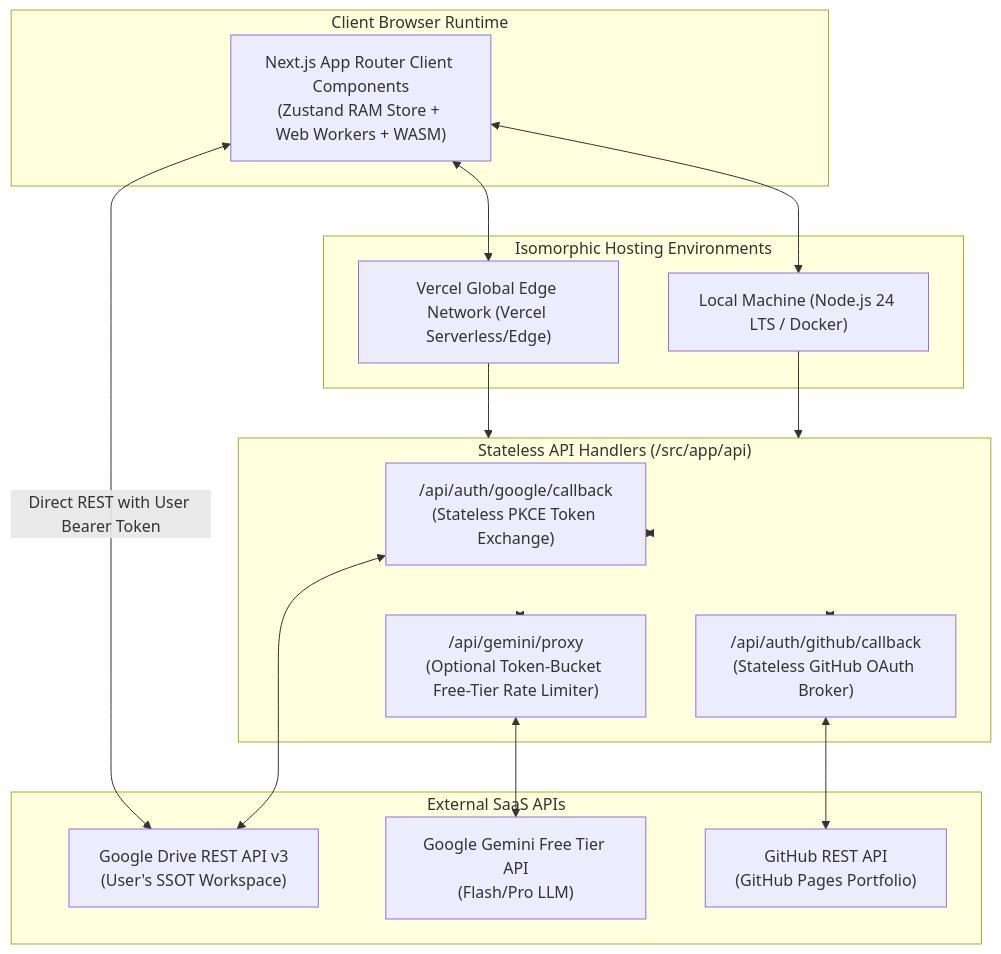
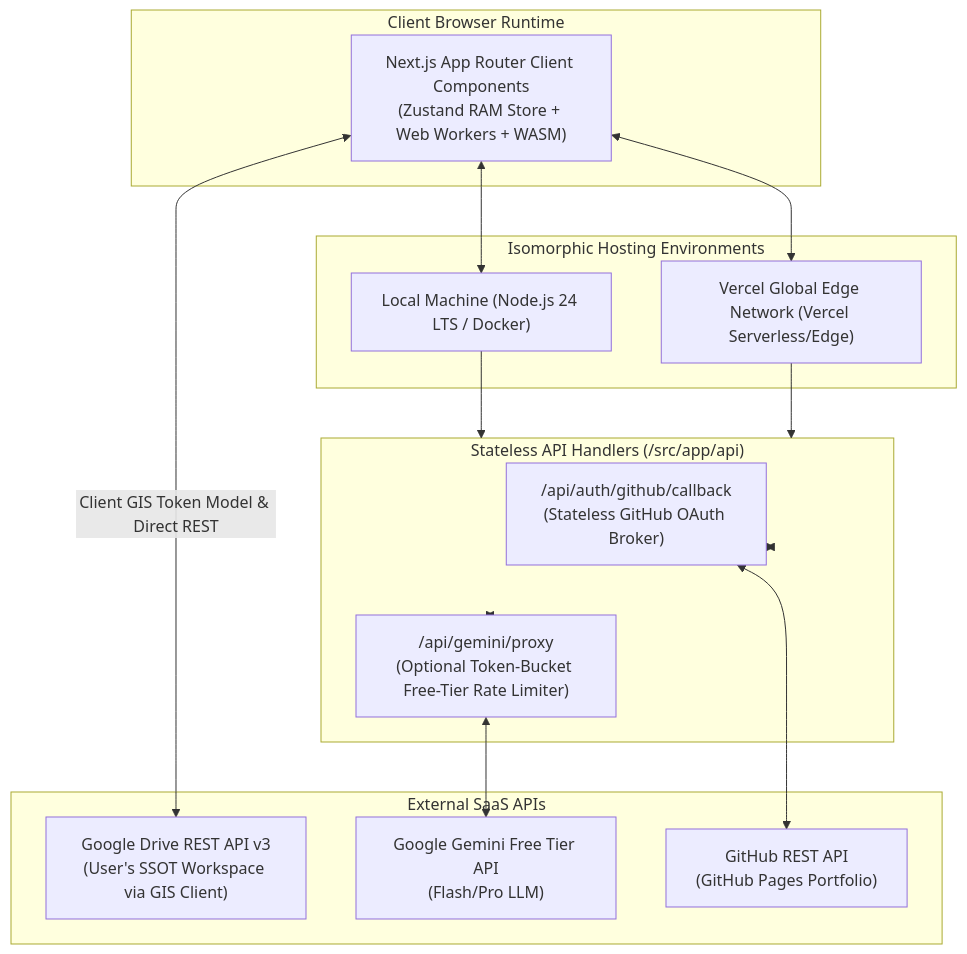
The first of 2 diagrams in documentation/design/detailed/09_isomorphic_deployment_and_ci_cd.md (Strider221B/ml-sys-design), drawn with Mermaid before and after one commit. The commit also changed other lines of this file and 6 other files, not shown here.

First line of the commit message:
Client-Side Google Identity Services (GIS) Token Model (synapse-sync Alignment) (#2)

````diff
--- a/documentation/design/detailed/09_isomorphic_deployment_and_ci_cd.md
+++ b/documentation/design/detailed/09_isomorphic_deployment_and_ci_cd.md
@@ -15,38 +15,35 @@
 ```mermaid
 graph TB
     subgraph Client_Runtime["Client Browser Runtime"]
         SPA["Next.js App Router Client Components\n(Zustand RAM Store + Web Workers + WASM)"]
     end
 
     subgraph Host_Environments["Isomorphic Hosting Environments"]
         LocalHost["Local Machine (Node.js 24 LTS / Docker)"]
         VercelEdge["Vercel Global Edge Network (Vercel Serverless/Edge)"]
     end
 
     subgraph Stateless_Edge_Routes["Stateless API Handlers (/src/app/api)"]
-        GoogleAuth["/api/auth/google/callback\n(Stateless PKCE Token Exchange)"]
         GitHubAuth["/api/auth/github/callback\n(Stateless GitHub OAuth Broker)"]
         GeminiProxy["/api/gemini/proxy\n(Optional Token-Bucket Free-Tier Rate Limiter)"]
     end
 
     subgraph External_APIs["External SaaS APIs"]
-        GDriveAPI["Google Drive REST API v3\n(User's SSOT Workspace)"]
+        GDriveAPI["Google Drive REST API v3\n(User's SSOT Workspace via GIS Client)"]
         GeminiAPI["Google Gemini Free Tier API\n(Flash/Pro LLM)"]
         GitHubAPI["GitHub REST API\n(GitHub Pages Portfolio)"]
     end
 
     SPA <--> LocalHost
     SPA <--> VercelEdge
 
     LocalHost --> Stateless_Edge_Routes
     VercelEdge --> Stateless_Edge_Routes
 
-    Stateless_Edge_Routes <--> GoogleAuth
     Stateless_Edge_Routes <--> GitHubAuth
     Stateless_Edge_Routes <--> GeminiProxy
 
-    GoogleAuth <--> GDriveAPI
     GitHubAuth <--> GitHubAPI
     GeminiProxy <--> GeminiAPI
-    SPA <-->|Direct REST with User Bearer Token| GDriveAPI
+    SPA <-->|Client GIS Token Model & Direct REST| GDriveAPI
 ```
````
